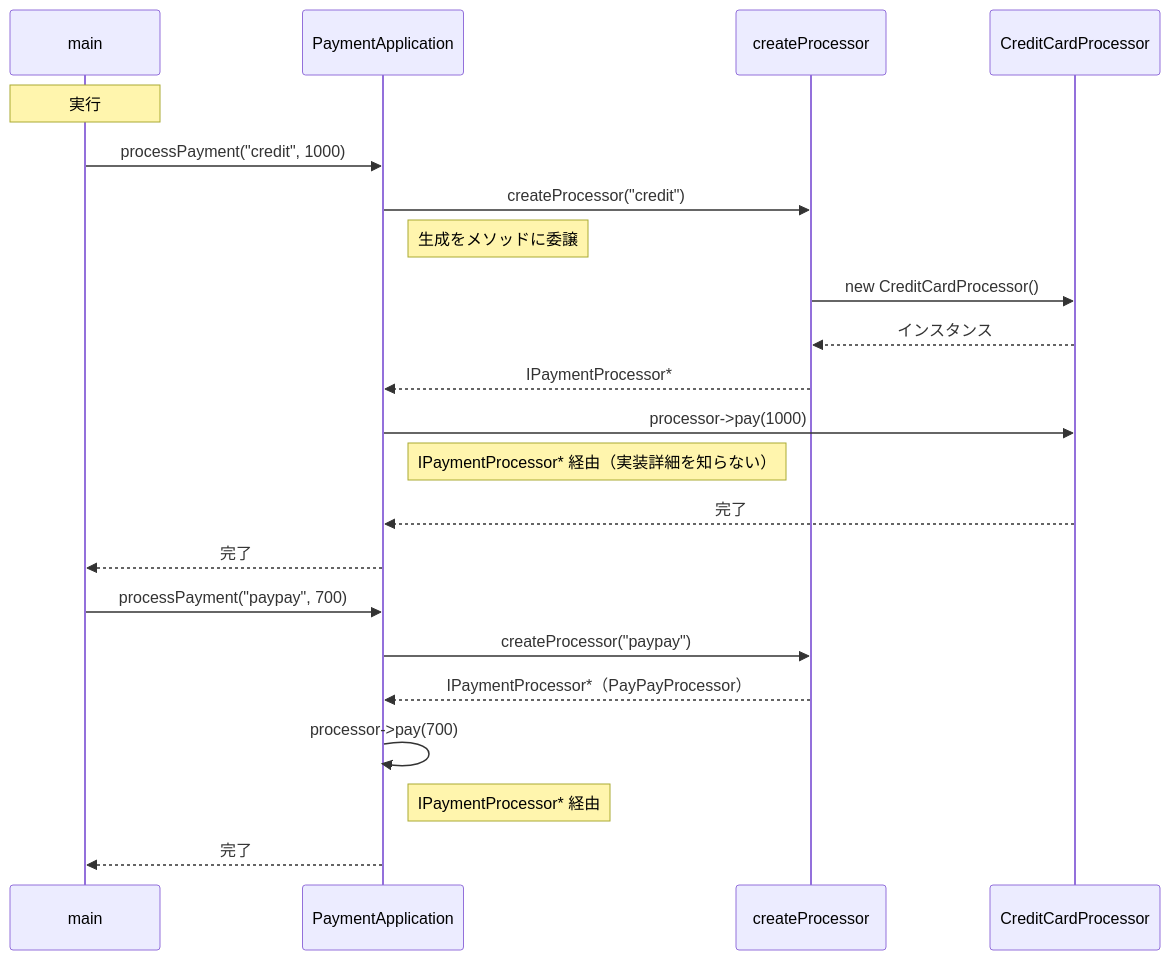
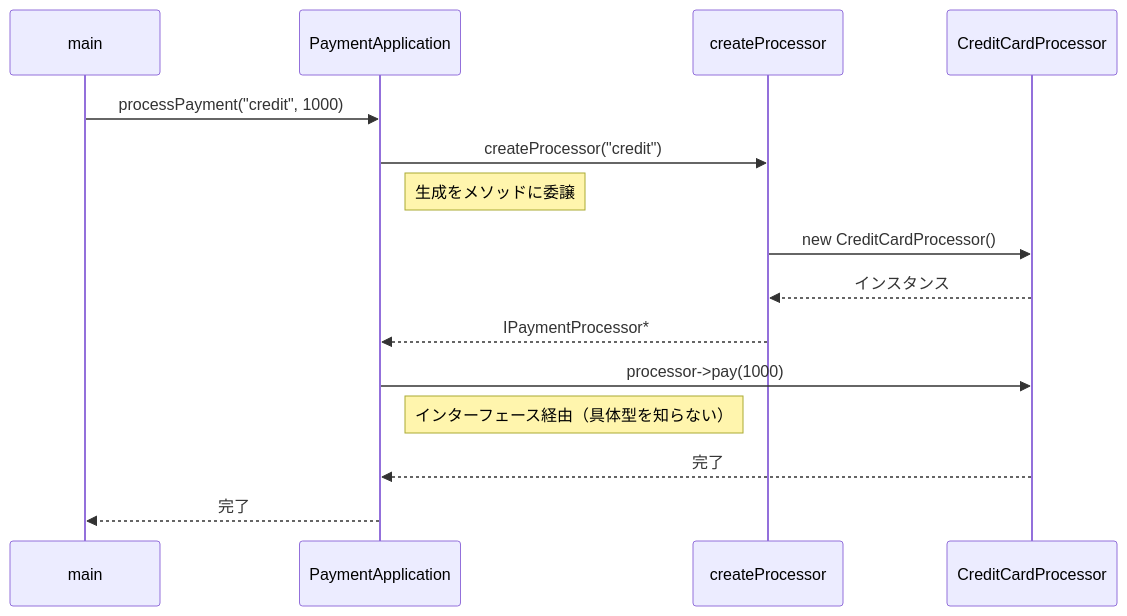
The third of 5 diagrams in kindle/design-patterns/output/chapter08.md (kumachan1101-pixel/DesignPattern), drawn with Mermaid before and after one commit. The commit also changed other lines of this file and 10 other files, not shown here.

````diff
--- a/kindle/design-patterns/output/chapter08.md
+++ b/kindle/design-patterns/output/chapter08.md
@@ -1223,24 +744,18 @@
 ```mermaid
 sequenceDiagram
     participant main
     participant PA as PaymentApplication
     participant CP as createProcessor
     participant CC as CreditCardProcessor
-    Note over main: 実行
+
     main->>PA: processPayment("credit", 1000)
     PA->>CP: createProcessor("credit")
     Note right of PA: 生成をメソッドに委譲
     CP->>CC: new CreditCardProcessor()
     CC-->>CP: インスタンス
     CP-->>PA: IPaymentProcessor*
     PA->>CC: processor->pay(1000)
-    Note right of PA: IPaymentProcessor* 経由（実装詳細を知らない）
+    Note right of PA: インターフェース経由（具体型を知らない）
     CC-->>PA: 完了
     PA-->>main: 完了
-    main->>PA: processPayment("paypay", 700)
-    PA->>CP: createProcessor("paypay")
-    CP-->>PA: IPaymentProcessor*（PayPayProcessor）
-    PA->>PA: processor->pay(700)
-    Note right of PA: IPaymentProcessor* 経由
-    PA-->>main: 完了
 ```
````
